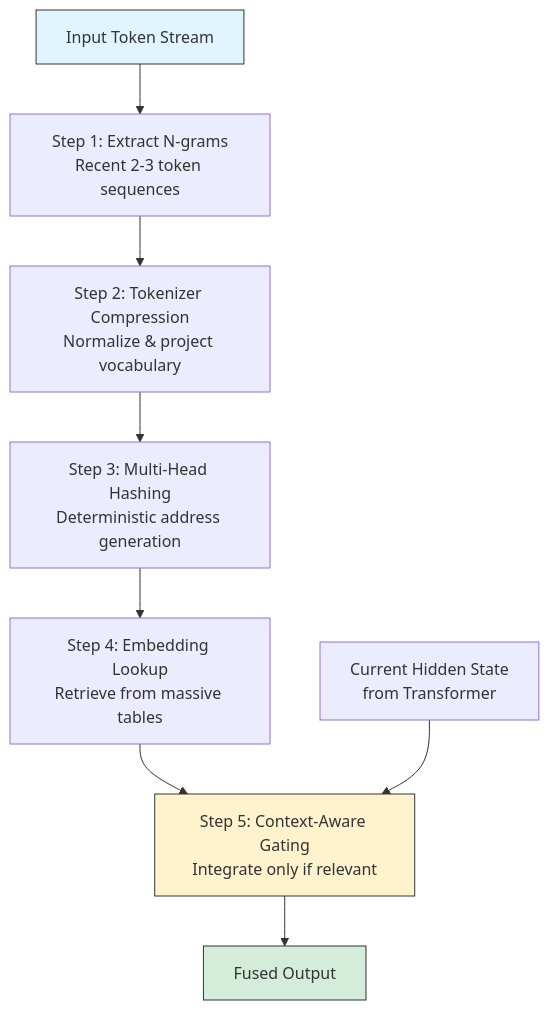
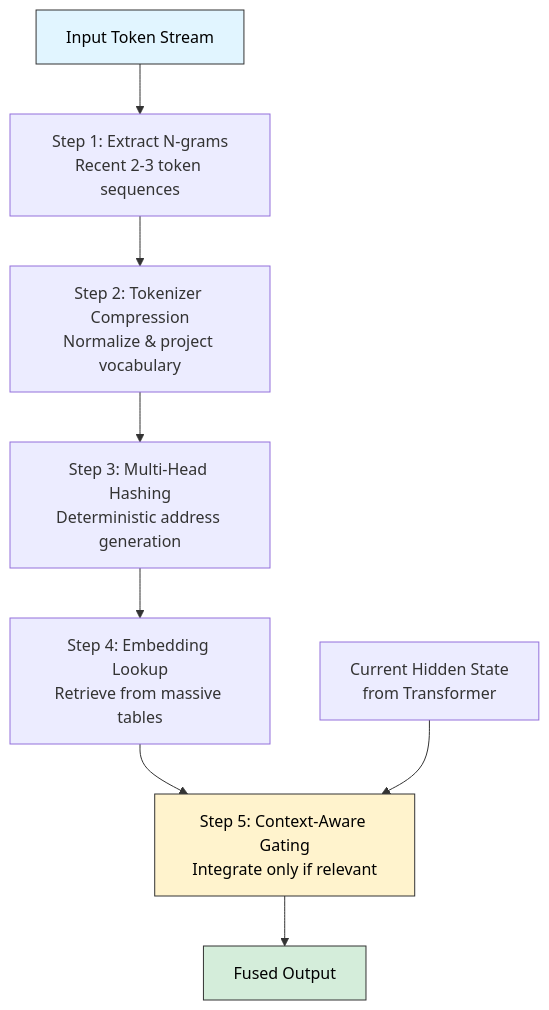
The third of 22 diagrams in Papers/Deepseek-Engram.md (rsrini7/Learnings), drawn with Mermaid before and after one commit. The commit also changed other lines of this file, not shown here.

Commit message:
mermaid diagram text color updated

````diff
--- a/Papers/Deepseek-Engram.md
+++ b/Papers/Deepseek-Engram.md
@@ -263,15 +262,15 @@
 ```mermaid
 flowchart TD
     A[Input Token Stream] --> B[Step 1: Extract N-grams<br/>Recent 2-3 token sequences]
     B --> C[Step 2: Tokenizer Compression<br/>Normalize & project vocabulary]
     C --> D[Step 3: Multi-Head Hashing<br/>Deterministic address generation]
     D --> E[Step 4: Embedding Lookup<br/>Retrieve from massive tables]
     E --> F[Step 5: Context-Aware Gating<br/>Integrate only if relevant]
     F --> G[Fused Output]
     
     H[Current Hidden State<br/>from Transformer] --> F
     
-    style A fill:#e1f5ff,stroke:#333
-    style G fill:#d4edda,stroke:#333
-    style F fill:#fff3cd,stroke:#333
+    style A fill:#e1f5ff,stroke:#333,color:#000
+    style G fill:#d4edda,stroke:#333,color:#000
+    style F fill:#fff3cd,stroke:#333,color:#000
 ```
````
